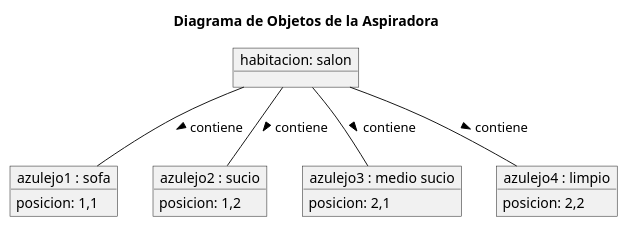
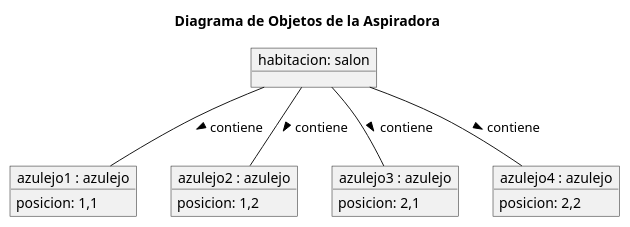
The diagram in modelosUML/DiagramaDeObjetos.puml (mmasias/23-24-IdSw2-SDD), drawn with PlantUML before and after one commit. The commit also changed other lines of this file and 3 other files, not shown here.

```diff
--- a/modelosUML/DiagramaDeObjetos.puml
+++ b/modelosUML/DiagramaDeObjetos.puml
@@ -1,27 +1,27 @@
 @startuml
 
 title Diagrama de Objetos de la Aspiradora
 
 object "habitacion: salon" as habitacion{
 
 }
-object "azulejo1 : sofa" as azulejo1{
+object "azulejo1 : azulejo" as azulejo1{
    posicion: 1,1
 
 }
-object "azulejo2 : sucio" as azulejo2{
+object "azulejo2 : azulejo" as azulejo2{
    posicion: 1,2
 }
-object "azulejo3 : medio sucio" as azulejo3{
+object "azulejo3 : azulejo" as azulejo3{
    posicion: 2,1
 }
-object "azulejo4 : limpio" as azulejo4{
+object "azulejo4 : azulejo" as azulejo4{
    posicion: 2,2
 }
 habitacion-- azulejo1: > contiene
 habitacion-- azulejo2: > contiene
 habitacion-- azulejo3: > contiene
 habitacion-- azulejo4: > contiene
 
 
 @enduml
```
